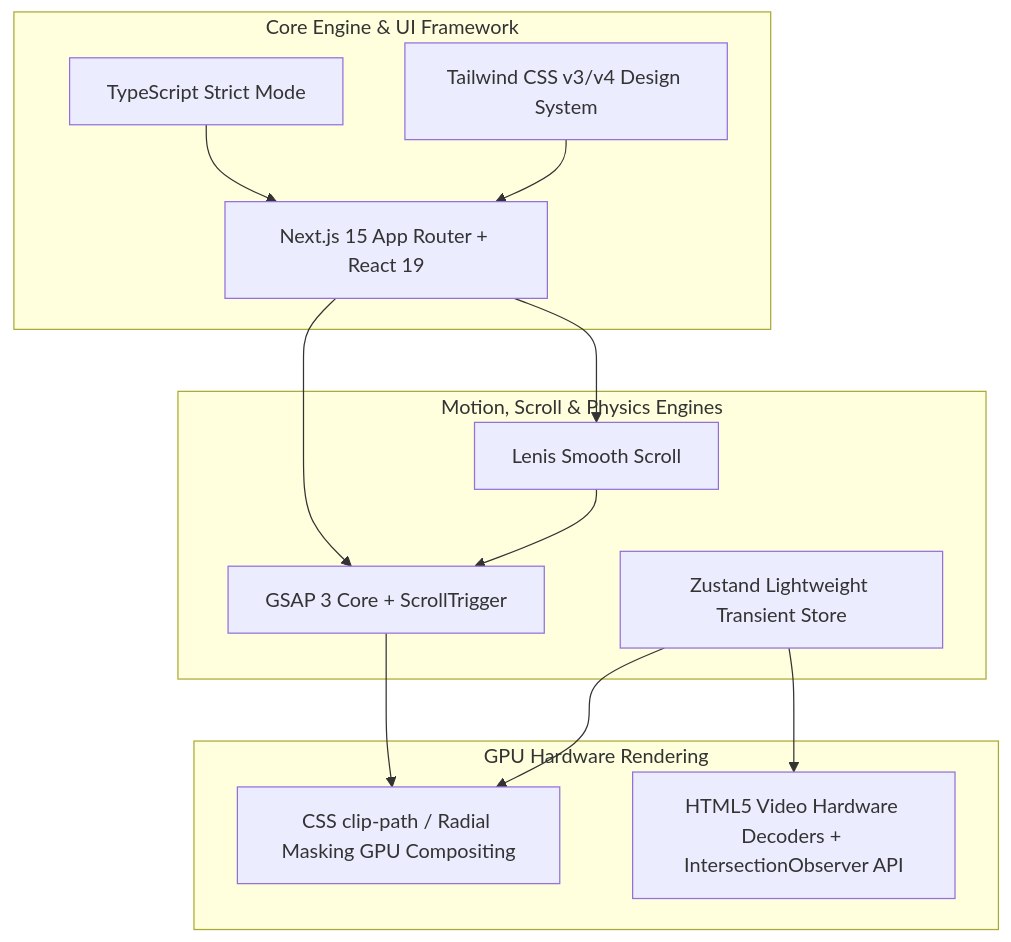
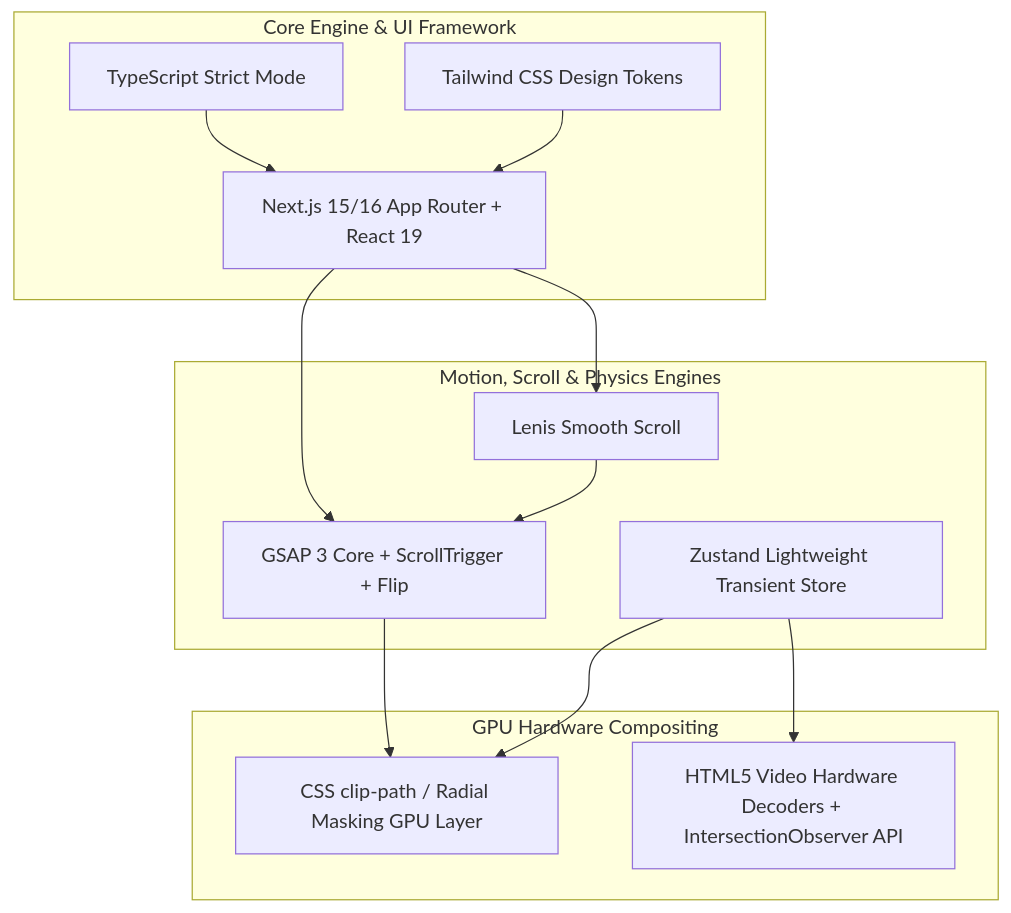
Before and after one commit to draawijaya08-bot/draamotionnn: the first of 2 diagrams in specs/03-technical-architecture.md, drawn with Mermaid. The commit also changed other lines of this file and 10 other files, not shown here.

Commit message:
feat: initialize portfolio core architecture, types, and specs for Indra Wijaya motion design website

````diff
--- a/specs/03-technical-architecture.md
+++ b/specs/03-technical-architecture.md
@@ -13,28 +15,28 @@
 ```mermaid
 graph TD
     subgraph CoreFramework [Core Engine & UI Framework]
-        A[Next.js 15 App Router + React 19]
+        A[Next.js 15/16 App Router + React 19]
         B[TypeScript Strict Mode]
-        C[Tailwind CSS v3/v4 Design System]
+        C[Tailwind CSS Design Tokens]
     end
 
     subgraph MotionAndPhysics [Motion, Scroll & Physics Engines]
-        D[GSAP 3 Core + ScrollTrigger]
+        D[GSAP 3 Core + ScrollTrigger + Flip]
         E[Lenis Smooth Scroll]
         F[Zustand Lightweight Transient Store]
     end
 
-    subgraph RenderingAndMasking [GPU Hardware Rendering]
-        G[CSS clip-path / Radial Masking GPU Compositing]
+    subgraph RenderingAndMasking [GPU Hardware Compositing]
+        G[CSS clip-path / Radial Masking GPU Layer]
         H[HTML5 Video Hardware Decoders + IntersectionObserver API]
     end
 
     A --> D
     A --> E
     B --> A
     C --> A
     D --> G
     E --> D
     F --> G
     F --> H
 ```
````
